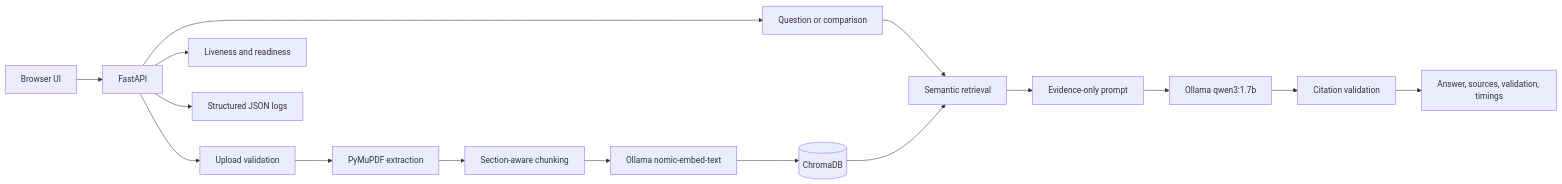
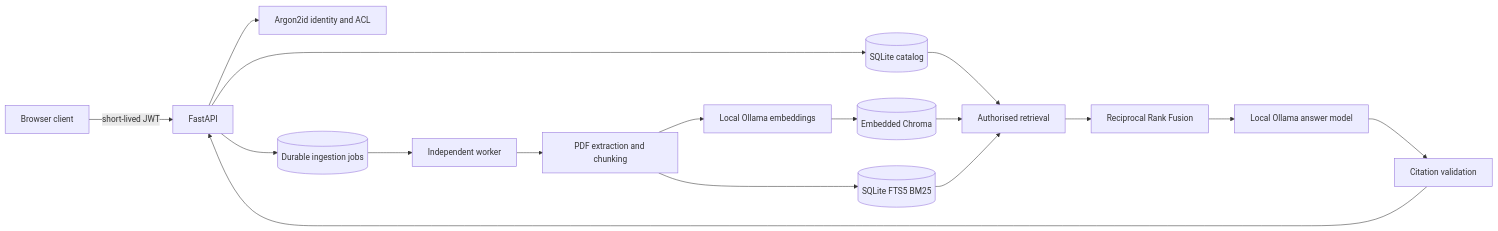
Before and after one commit to Rohan-HC/Nasa-Mars_RAG: the diagram in README.md, drawn with Mermaid. The commit also changed other lines of this file and 49 other files, not shown here.

````diff
--- a/README.md
+++ b/README.md
@@ -29,21 +11,19 @@
 ```mermaid
 flowchart LR
-    UI[Browser UI] --> API[FastAPI]
-
-    API --> UPLOAD[Upload validation]
-    UPLOAD --> PDF[PyMuPDF extraction]
-    PDF --> CHUNK[Section-aware chunking]
-    CHUNK --> EMBED[Ollama nomic-embed-text]
-    EMBED --> DB[(ChromaDB)]
-
-    API --> QUERY[Question or comparison]
-    QUERY --> RETRIEVE[Semantic retrieval]
-    DB --> RETRIEVE
-    RETRIEVE --> PROMPT[Evidence-only prompt]
-    PROMPT --> LLM[Ollama qwen3:1.7b]
+    UI[Browser client] -->|short-lived JWT| API[FastAPI]
+    API --> AUTH[Argon2id identity and ACL]
+    API --> DB[(SQLite catalog)]
+    API --> JOB[(Durable ingestion jobs)]
+    JOB --> WORKER[Independent worker]
+    WORKER --> PDF[PDF extraction and chunking]
+    PDF --> OLLAMA[Local Ollama embeddings]
+    OLLAMA --> VECTOR[(Embedded Chroma)]
+    PDF --> FTS[(SQLite FTS5 BM25)]
+    DB --> RETRIEVAL[Authorised retrieval]
+    VECTOR --> RETRIEVAL
+    FTS --> RETRIEVAL
+    RETRIEVAL --> RRF[Reciprocal Rank Fusion]
+    RRF --> LLM[Local Ollama answer model]
     LLM --> VALIDATE[Citation validation]
-    VALIDATE --> RESPONSE[Answer, sources, validation, timings]
-
-    API --> HEALTH[Liveness and readiness]
-    API --> LOGS[Structured JSON logs]
+    VALIDATE --> API
 ```
````
